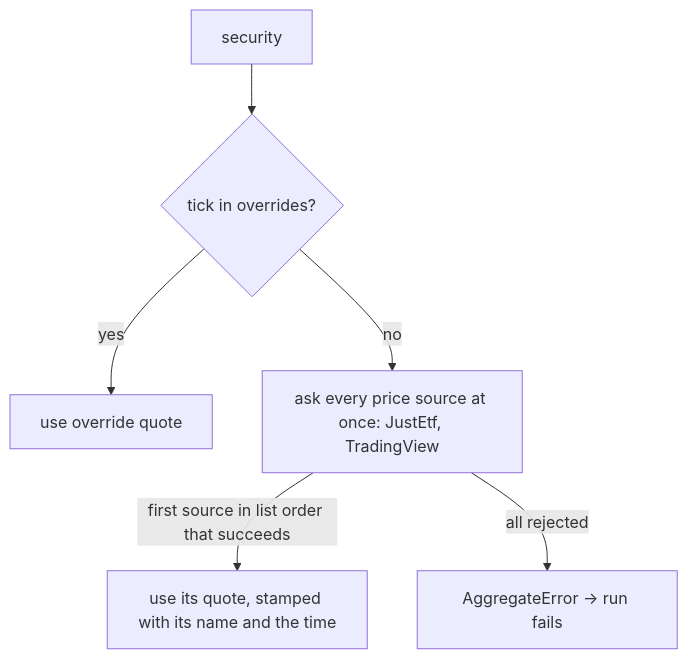
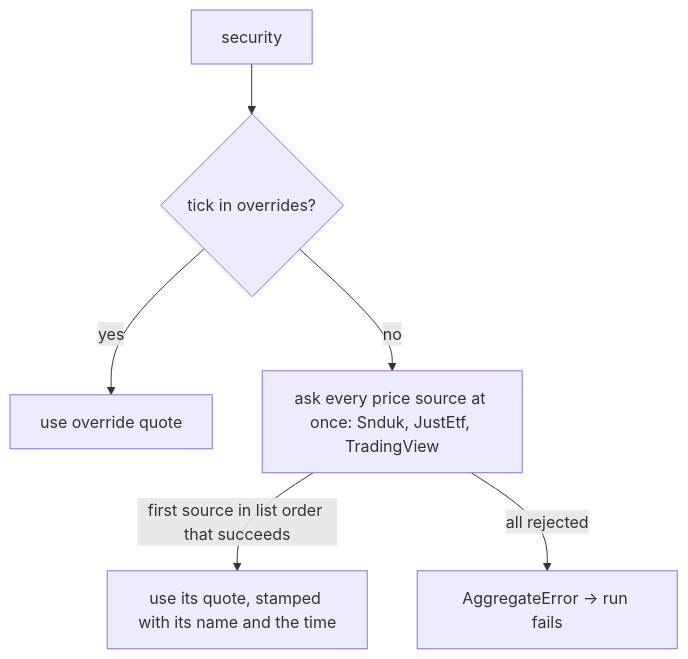
Before and after one commit to armaaar/stock-calc: the diagram in docs/domain/market-data.md, drawn with Mermaid. The commit also changed other lines of this file and 24 other files, not shown here.

Commit message:
feat: price mutual funds at their nav from snduk.com

````diff
--- a/docs/domain/market-data.md
+++ b/docs/domain/market-data.md
@@ -29,8 +30,8 @@
 ```mermaid
 flowchart TD
   A[security] --> B{tick in overrides?}
   B -- yes --> Q[use override quote]
-  B -- no --> C["ask every price source at once: JustEtf, TradingView"]
+  B -- no --> C["ask every price source at once: Snduk, JustEtf, TradingView"]
   C -- first source in list order that succeeds --> Q2[use its quote, stamped with its name and the time]
   C -- all rejected --> E[AggregateError → run fails]
 ```
````
